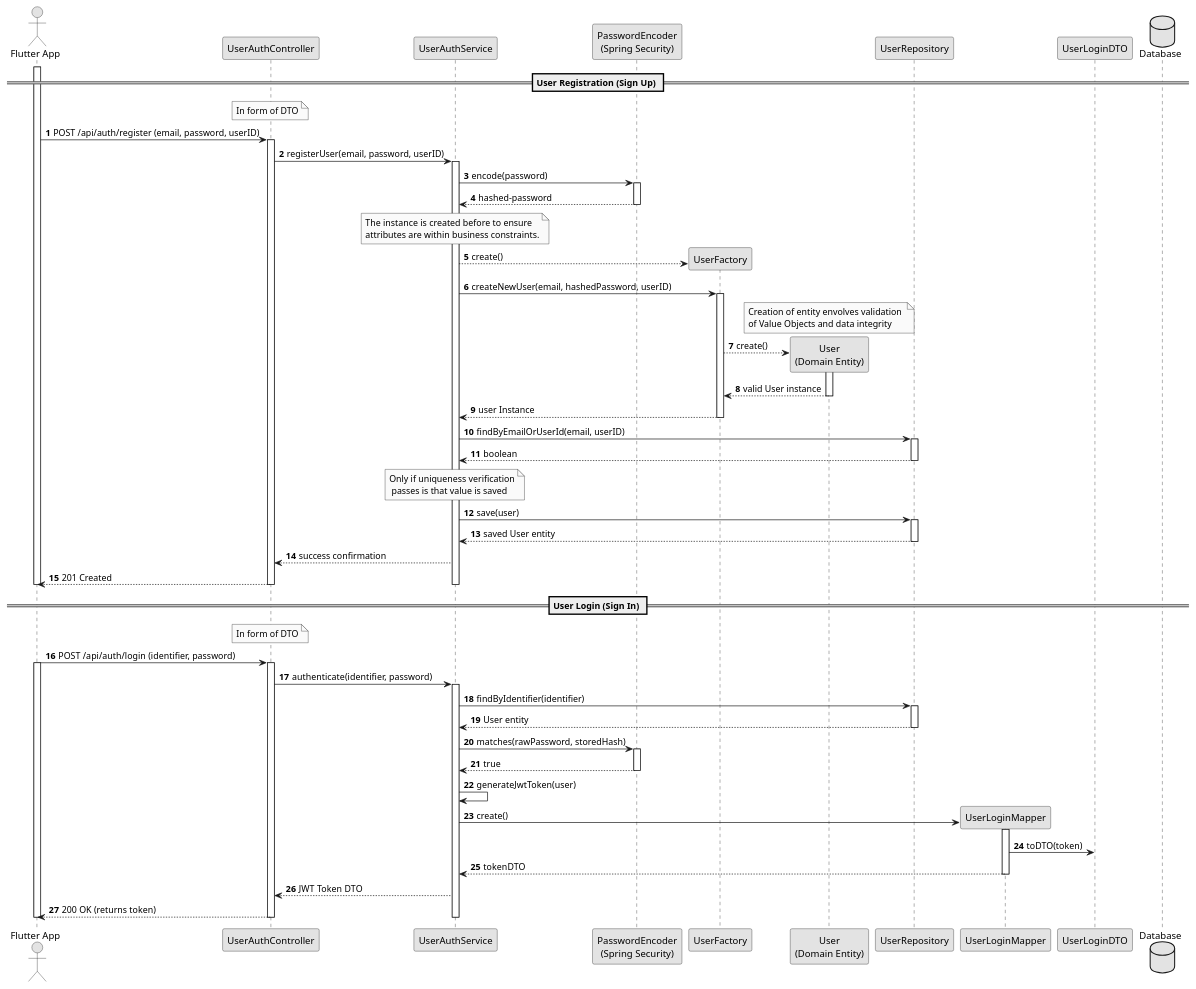
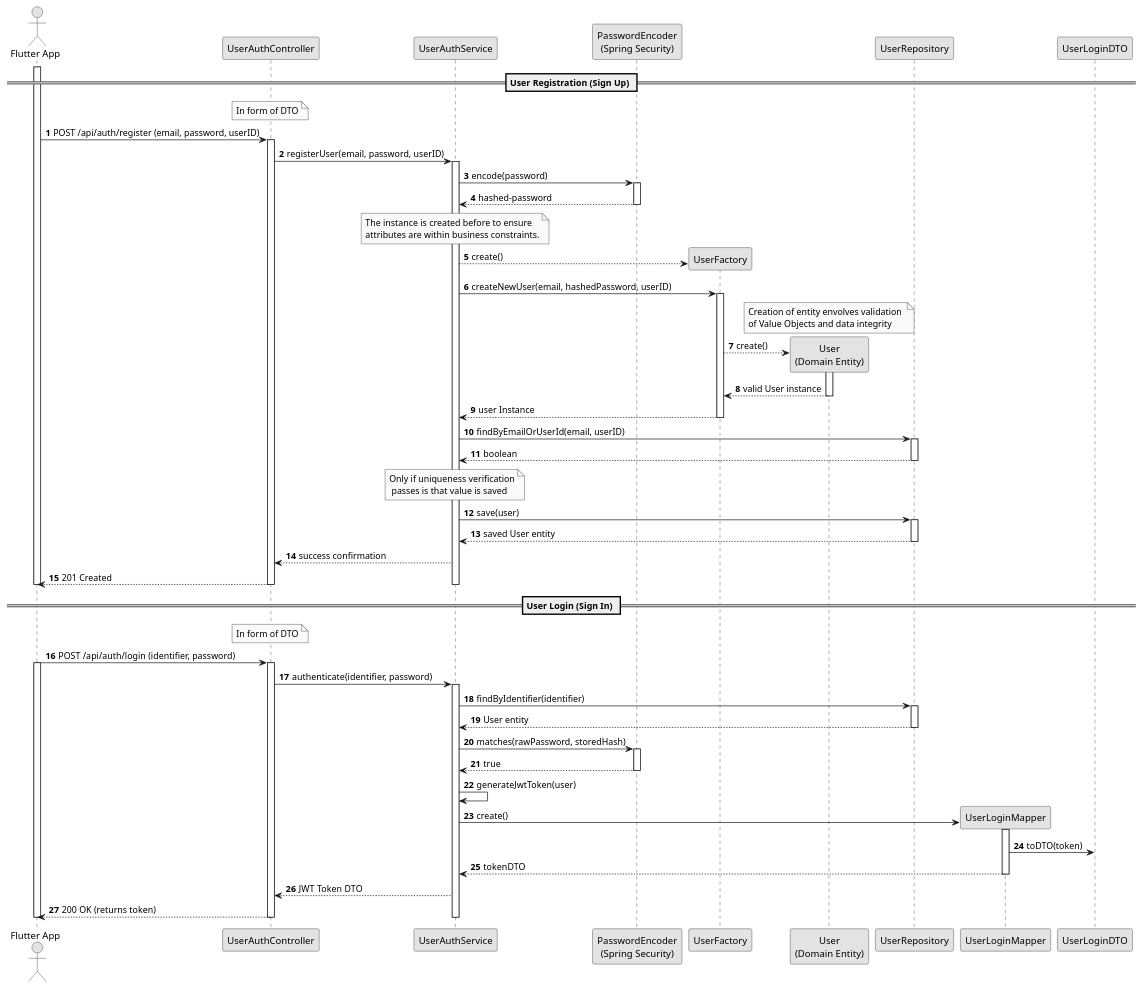
Before and after one commit to Pedro-P21/FitMaxxer: the diagram in backend/docs/US008/us008-SD.puml, drawn with PlantUML. The commit also changed 15 other files, not shown here.

```diff
--- a/backend/docs/US008/us008-SD.puml
+++ b/backend/docs/US008/us008-SD.puml
@@ -1,94 +1,94 @@
 @startuml US008-Sequence-Diagram
 autonumber
 skinparam monochrome true
 skinparam packageStyle rectangle
 skinparam shadowing false
 
 actor "Flutter App" as Client
 participant "UserAuthController" as Controller
 participant "UserAuthService" as Service
 participant "PasswordEncoder\n(Spring Security)" as Security
 participant "UserFactory" as Factory
 participant "User\n(Domain Entity)" as User
 participant "UserRepository" as Repo
 participant "UserLoginMapper" as Mapper
 participant "UserLoginDTO" as DTO
-database "Database" as DB
+
 
 activate Client
 == User Registration (Sign Up) ==
 note over Controller: In form of DTO
 Client -> Controller : POST /api/auth/register (email, password, userID)
 activate Controller
 
 Controller -> Service : registerUser(email, password, userID)
 activate Service
 Service -> Security : encode(password)
 activate Security
 Security --> Service : hashed-password
 note over Service: The instance is created before to ensure \nattributes are within business constraints.
 deactivate Security
 Service --> Factory**: create()
 
 Service -> Factory: createNewUser(email, hashedPassword, userID)
 activate Factory
 note over User: Creation of entity envolves validation \nof Value Objects and data integrity
 Factory --> User**: create()
 activate User
 User --> Factory : valid User instance
 deactivate User
 Factory --> Service: user Instance
 deactivate Factory
 
 Service -> Repo : findByEmailOrUserId(email, userID)
 activate Repo
 Repo --> Service : boolean
 deactivate Repo
 
 note over Service: Only if uniqueness verification\n passes is that value is saved
 Service -> Repo : save(user)
 activate Repo
 Repo --> Service : saved User entity
 deactivate Repo
 
 Service --> Controller : success confirmation
 Controller --> Client : 201 Created
 
 deactivate Service
 deactivate Controller
 deactivate Client
 
 
 == User Login (Sign In) ==
 note over Controller: In form of DTO
 Client -> Controller : POST /api/auth/login (identifier, password)
 activate Client
 activate Controller
 
 Controller -> Service : authenticate(identifier, password)
 activate Service
 
 Service -> Repo : findByIdentifier(identifier)
 activate Repo
 Repo --> Service : User entity
 deactivate Repo
 
 Service -> Security : matches(rawPassword, storedHash)
 activate Security
 Security --> Service : true
 deactivate Security
 
 Service -> Service : generateJwtToken(user)
 Service -> Mapper**: create()
 activate Mapper
 Mapper -> DTO: toDTO(token)
 Mapper --> Service: tokenDTO
 deactivate Mapper
 Service --> Controller : JWT Token DTO
 Controller --> Client : 200 OK (returns token)
 
 deactivate Service
 deactivate Controller
 deactivate Client
 
 @enduml
```
